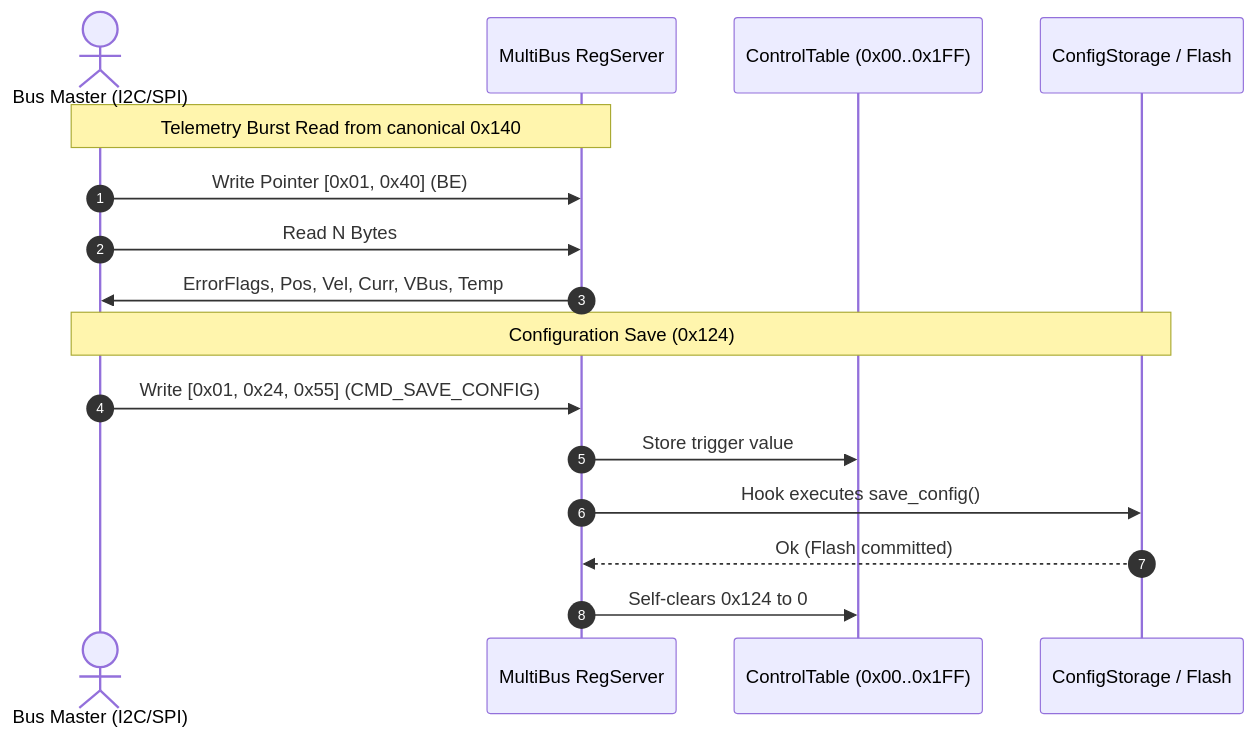
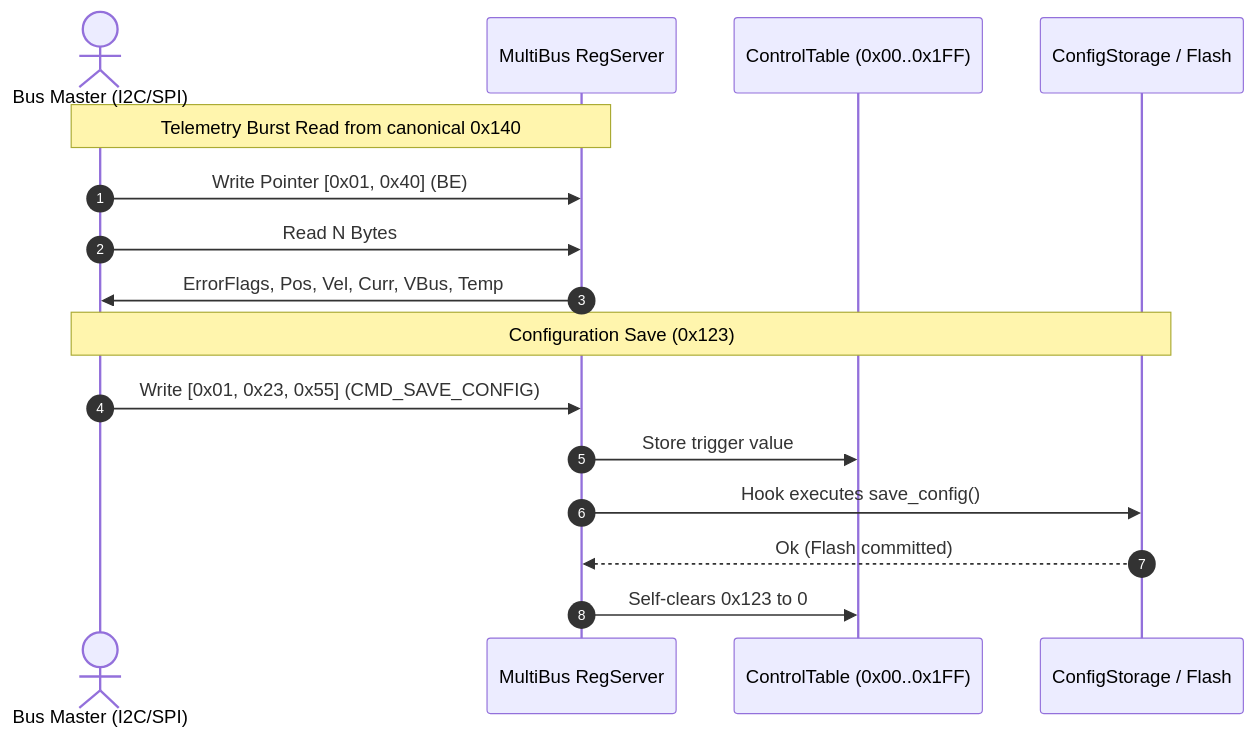
One commit to bareFOC/barefoc.github.io changed the diagram in docs/communication/multibus.md. Above: the diagram before and after it, drawn with Mermaid. The commit also changed other lines of this file and 4 other files, not shown here.

````diff
--- a/docs/communication/multibus.md
+++ b/docs/communication/multibus.md
@@ -201,20 +201,20 @@
 ```mermaid
 sequenceDiagram
     autonumber
     actor Host as Bus Master (I2C/SPI)
     participant Server as MultiBus RegServer
     participant Table as ControlTable (0x00..0x1FF)
     participant Storage as ConfigStorage / Flash
 
     Note over Host, Server: Telemetry Burst Read from canonical 0x140
     Host->>Server: Write Pointer [0x01, 0x40] (BE)
     Host->>Server: Read N Bytes
     Server->>Host: ErrorFlags, Pos, Vel, Curr, VBus, Temp
 
-    Note over Host, Storage: Configuration Save (0x124)
-    Host->>Server: Write [0x01, 0x24, 0x55] (CMD_SAVE_CONFIG)
+    Note over Host, Storage: Configuration Save (0x123)
+    Host->>Server: Write [0x01, 0x23, 0x55] (CMD_SAVE_CONFIG)
     Server->>Table: Store trigger value
     Server->>Storage: Hook executes save_config()
     Storage-->>Server: Ok (Flash committed)
-    Server->>Table: Self-clears 0x124 to 0
+    Server->>Table: Self-clears 0x123 to 0
 ```
````
